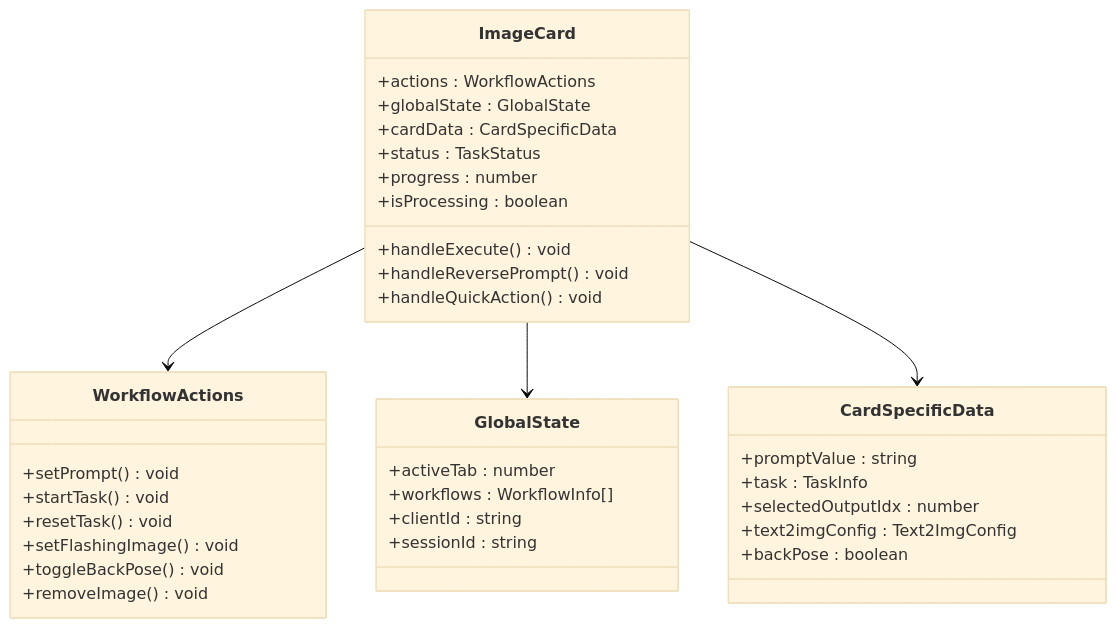
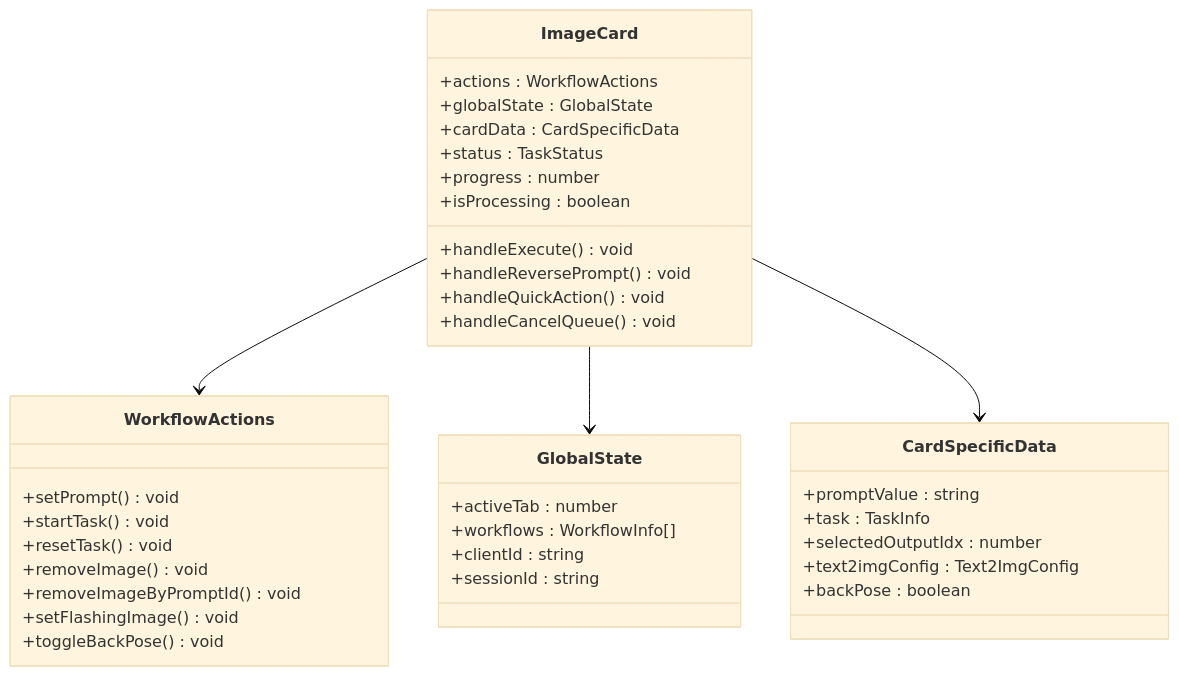
Before and after one commit to billye220670/CorineKit_Pix2Real: the third of 7 diagrams in .qoder/repowiki/zh/content/用户界面组件/核心界面组件/图片卡片组件 (ImageCard).md, drawn with Mermaid (base theme). The commit also changed other lines of this file and 54 other files, not shown here.

First line of the commit message:
feat: 模型下拉菜单元数据管理（缩略图+重命名）及session mask恢复优化

````diff
--- a/.qoder/repowiki/zh/content/用户界面组件/核心界面组件/图片卡片组件 (ImageCard).md
+++ b/.qoder/repowiki/zh/content/用户界面组件/核心界面组件/图片卡片组件 (ImageCard).md
@@ -147,38 +158,40 @@
 ```mermaid
 classDiagram
 class ImageCard {
 +actions : WorkflowActions
 +globalState : GlobalState
 +cardData : CardSpecificData
 +status : TaskStatus
 +progress : number
 +isProcessing : boolean
 +handleExecute() void
 +handleReversePrompt() void
 +handleQuickAction() void
++handleCancelQueue() void
 }
 class WorkflowActions {
 +setPrompt() void
 +startTask() void
 +resetTask() void
++removeImage() void
++removeImageByPromptId() void
 +setFlashingImage() void
 +toggleBackPose() void
-+removeImage() void
 }
 class GlobalState {
 +activeTab : number
 +workflows : WorkflowInfo[]
 +clientId : string
 +sessionId : string
 }
 class CardSpecificData {
 +promptValue : string
 +task : TaskInfo
 +selectedOutputIdx : number
 +text2imgConfig : Text2ImgConfig
 +backPose : boolean
 }
 ImageCard --> WorkflowActions
 ImageCard --> GlobalState
 ImageCard --> CardSpecificData
 ```
````
